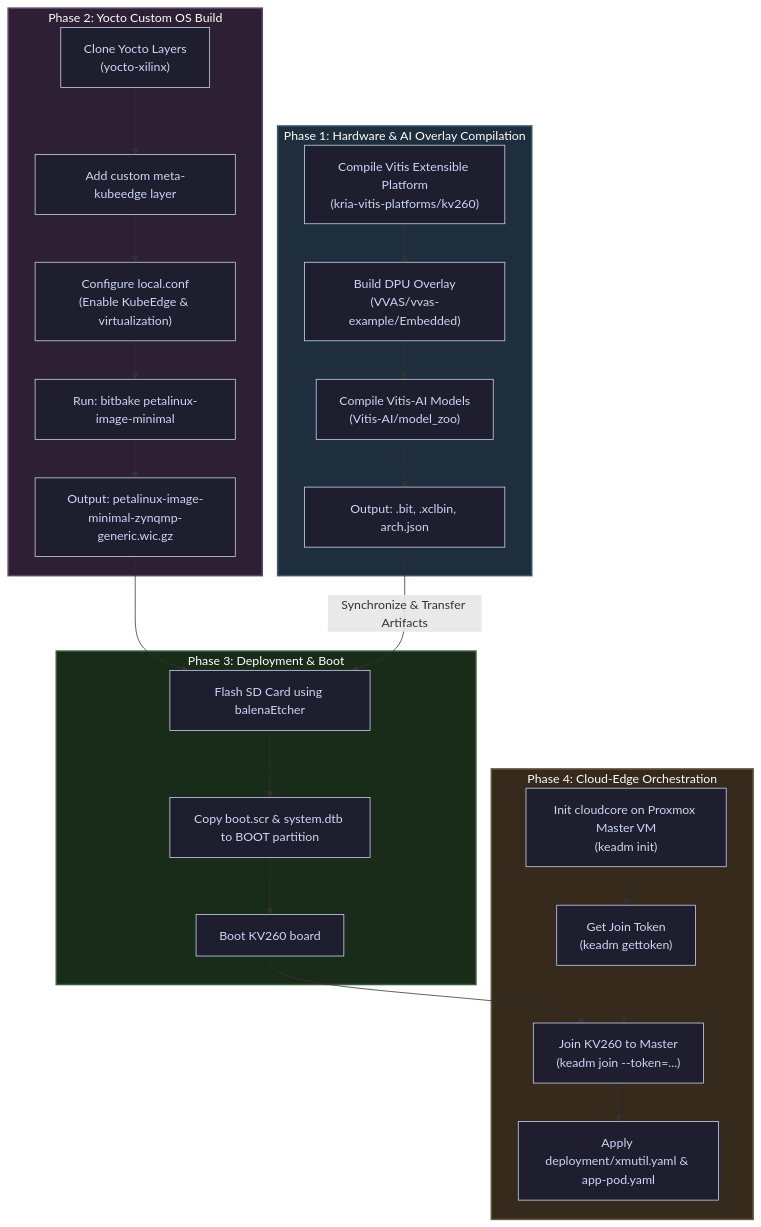
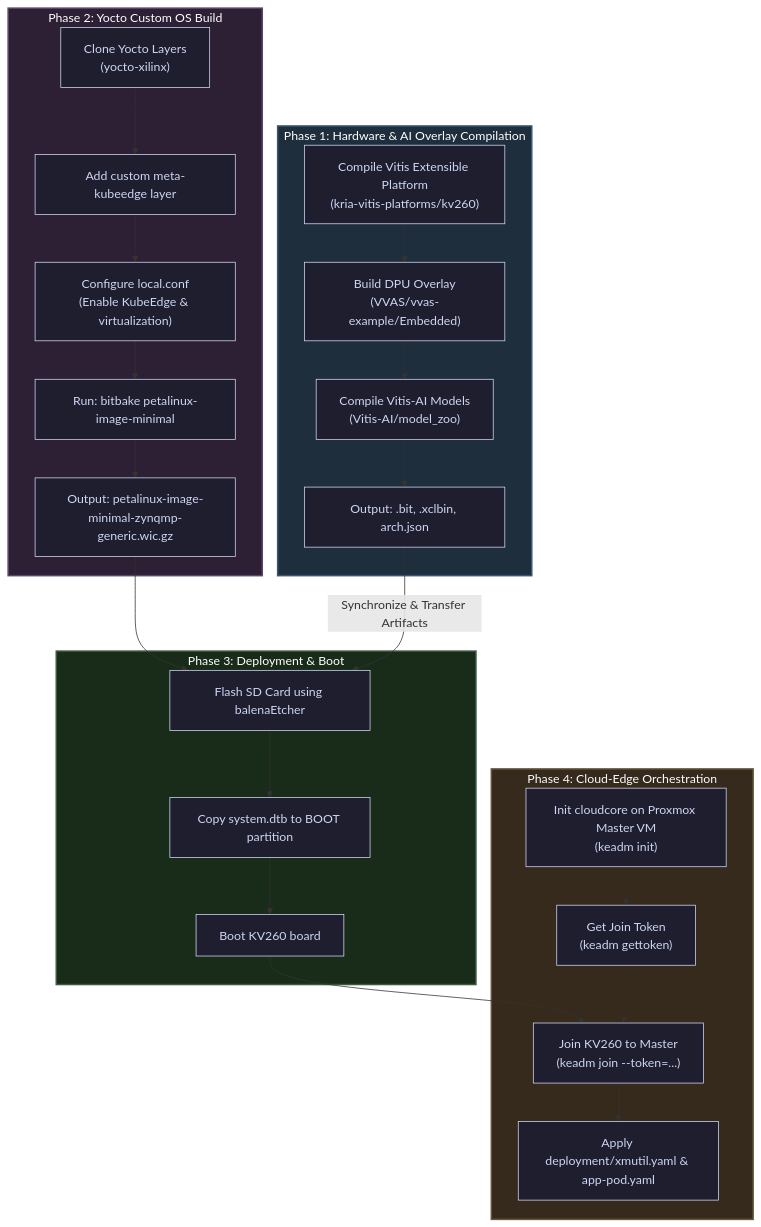
The first of 2 diagrams in note.md (n1n0x-a1/kv260-workspace), drawn with Mermaid before and after one commit. The commit also changed other lines of this file, not shown here.

Commit message:
docs: remove boot.scr copy step in note.md and update yocto-xilinx submodule

````diff
--- a/note.md
+++ b/note.md
@@ -205,46 +205,46 @@
 ```mermaid
 flowchart TD
     %% Styling
     classDef default fill:#1E1E2E,stroke:#CDD6F4,stroke-width:1px,color:#CDD6F4;
     classDef phase fill:#313244,stroke:#A6ADC8,stroke-width:2px,color:#CDD6F4;
     
     subgraph Phase1 [Phase 1: Hardware & AI Overlay Compilation]
         A["Compile Vitis Extensible Platform<br/>(kria-vitis-platforms/kv260)"] --> B["Build DPU Overlay<br/>(VVAS/vvas-example/Embedded)"]
         B --> C["Compile Vitis-AI Models<br/>(Vitis-AI/model_zoo)"]
         C --> D["Output: .bit, .xclbin, arch.json"]
     end
     
     subgraph Phase2 [Phase 2: Yocto Custom OS Build]
         E["Clone Yocto Layers<br/>(yocto-xilinx)"] --> F["Add custom meta-kubeedge layer"]
         F --> G["Configure local.conf<br/>(Enable KubeEdge & virtualization)"]
         G --> H["Run: bitbake petalinux-image-minimal"]
         H --> I["Output: petalinux-image-minimal-zynqmp-generic.wic.gz"]
     end
 
     subgraph Phase3 [Phase 3: Deployment & Boot]
         I --> J["Flash SD Card using balenaEtcher"]
-        J --> K["Copy boot.scr & system.dtb to BOOT partition"]
+        J --> K["Copy system.dtb to BOOT partition"]
         K --> L["Boot KV260 board"]
     end
 
     subgraph Phase4 [Phase 4: Cloud-Edge Orchestration]
         M["Init cloudcore on Proxmox Master VM<br/>(keadm init)"] --> N["Get Join Token<br/>(keadm gettoken)"]
         L --> O["Join KV260 to Master<br/>(keadm join --token=...)"]
         N -.-> O
         O --> P["Apply deployment/xmutil.yaml & app-pod.yaml"]
     end
 
     %% Link Phase 1 output to Phase 3 showing artifact synchronization
     D -->|"Synchronize & Transfer Artifacts"| J
 
     style Phase1 fill:#1e2e3c,stroke:#3b5670,stroke-width:2px,color:#fff
     style Phase2 fill:#2d1f34,stroke:#5c446a,stroke-width:2px,color:#fff
     style Phase3 fill:#192c19,stroke:#3b5a3b,stroke-width:2px,color:#fff
     style Phase4 fill:#352a1b,stroke:#66553e,stroke-width:2px,color:#fff
 
     click A href "smartapp-modified/kv260-smartapp-platform/kria-vitis-platforms" "Open Platform Submodule"
     click B href "smartapp-modified/kv260-smartapp-platform/VVAS" "Open VVAS Submodule"
     click C href "smartapp-modified/kv260-smartapp-platform/Vitis-AI" "Open Vitis-AI Submodule"
     click E href "yocto-xilinx" "Open Yocto Build Directory"
     click P href "smartapp-modified/kv260-smartapp-clusterserver/deployment" "Open Deployment Manifests"
 ```
````
